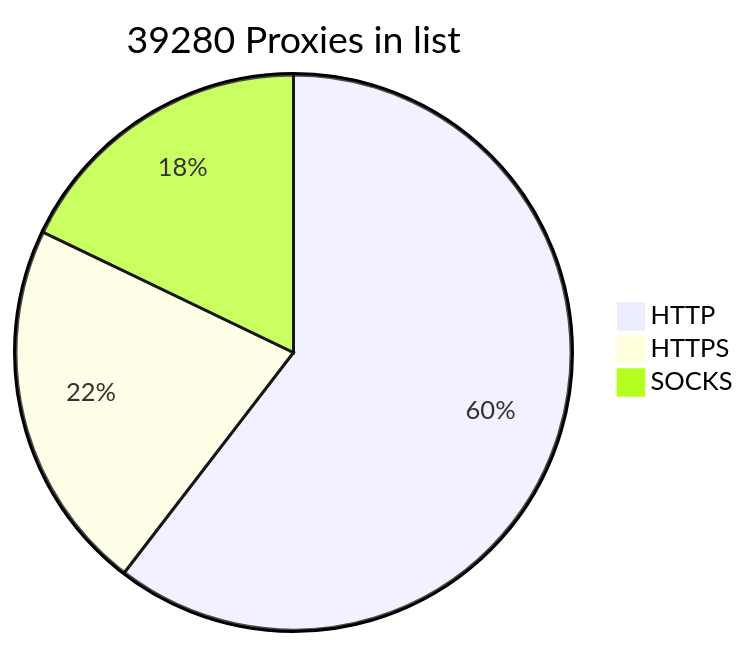
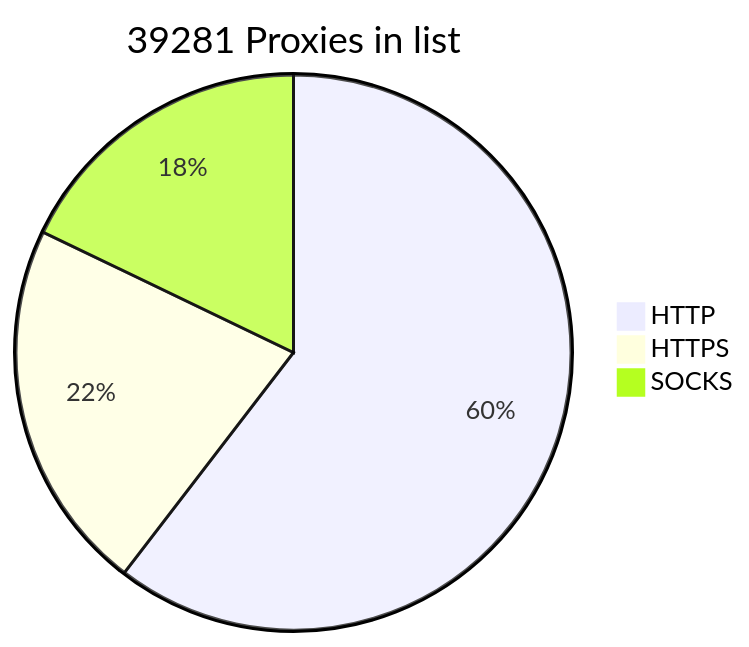
The diagram in README.md (BlackSnowDot/proxylist-update-every-minute), drawn with Mermaid before and after one commit.

````diff
--- a/README.md
+++ b/README.md
@@ -2,6 +2,6 @@
 ```mermaid
-pie title 39280 Proxies in list
+pie title 39281 Proxies in list
     "HTTP" : 27786
-    "HTTPS": 9978
+    "HTTPS": 9979
     "SOCKS" : 8218
 ```
````
